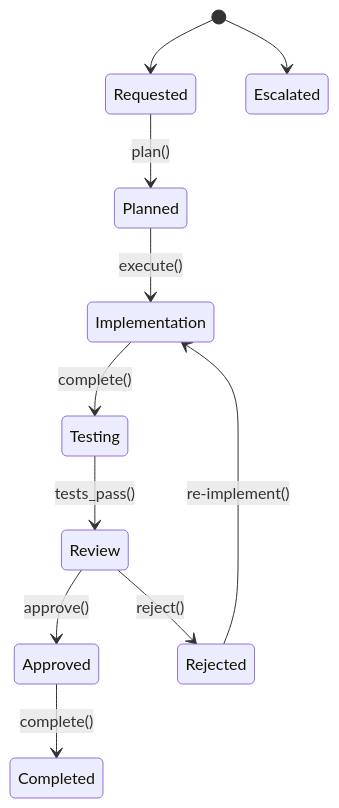
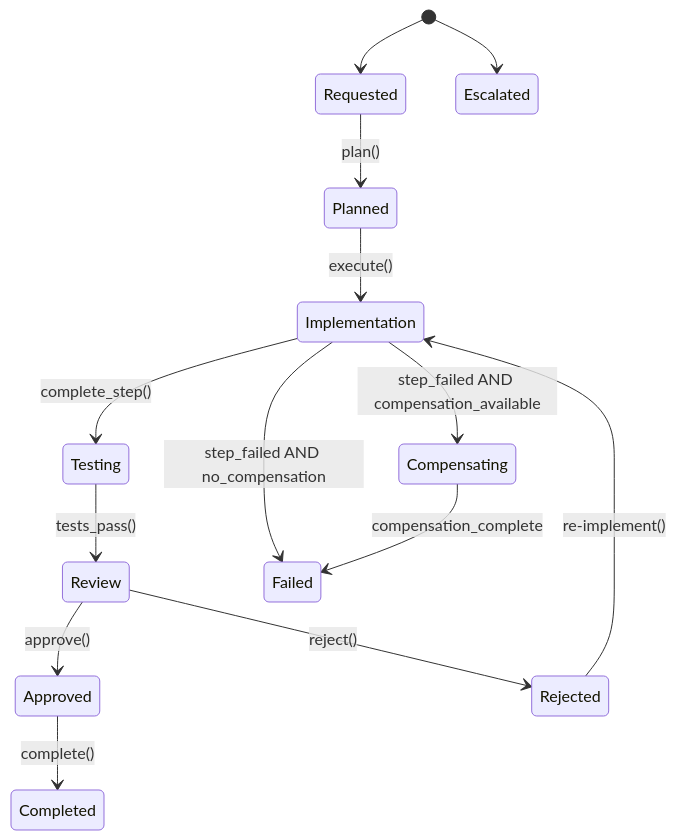
The third of 3 diagrams in docs/specification/model.md (salimnamvar/amir), drawn with Mermaid before and after one commit. The commit also changed other lines of this file and 29 other files, not shown here.

First line of the commit message:
docs(spec,contract,story): incorporate round-3 audit findings from 17 independent architecture audits

````diff
--- a/docs/specification/model.md
+++ b/docs/specification/model.md
@@ -184,13 +353,16 @@
 ```mermaid
 stateDiagram-v2
     [*] --> Requested
     Requested --> Planned: plan()
     Planned --> Implementation: execute()
-    Implementation --> Testing: complete()
+    Implementation --> Testing: complete_step()
     Testing --> Review: tests_pass()
     Review --> Approved: approve()
     Approved --> Completed: complete()
     Review --> Rejected: reject()
     Rejected --> Implementation: re-implement()
+    Implementation --> Failed: step_failed AND no_compensation
+    Implementation --> Compensating: step_failed AND compensation_available
+    Compensating --> Failed: compensation_complete
     [*] --> Escalated
 ```
````
